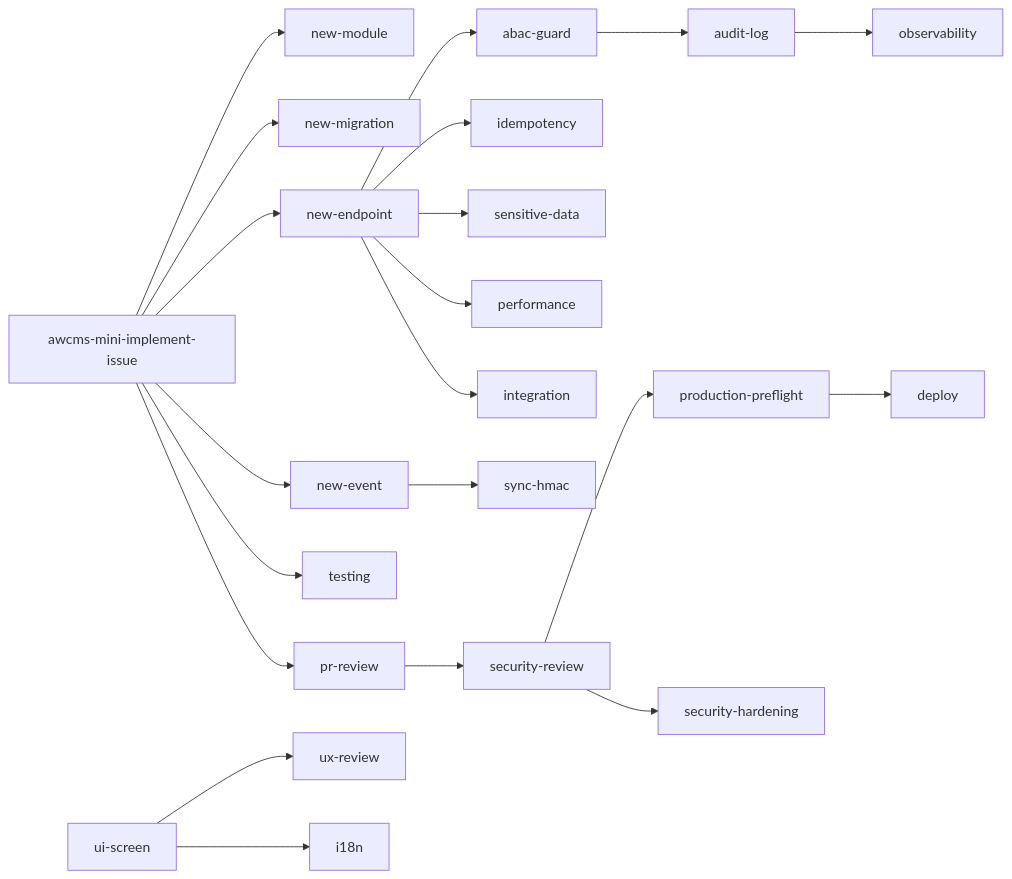
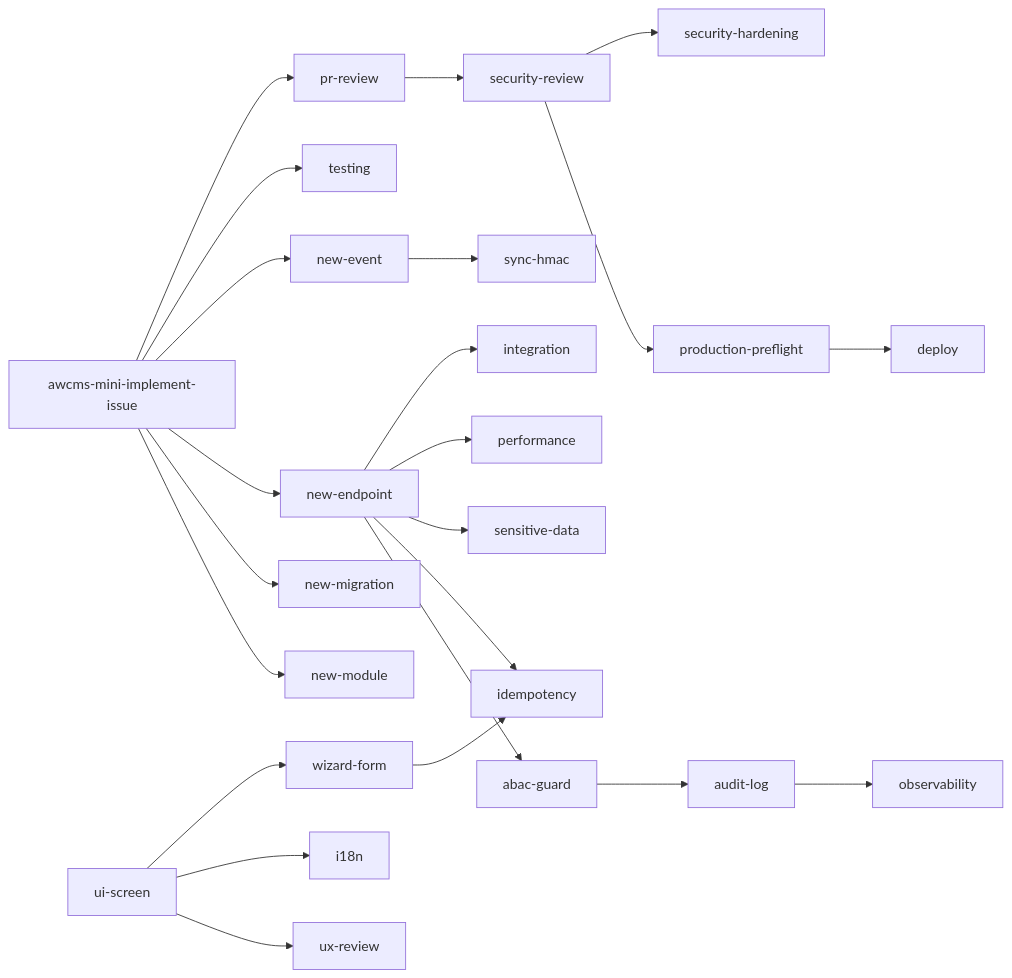
One commit to ahliweb/awcms-mini changed the third of 5 diagrams in AGENTS.md. Above: the diagram before and after it, drawn with Mermaid. The commit also changed other lines of this file and 6 other files, not shown here.

````diff
--- a/AGENTS.md
+++ b/AGENTS.md
@@ -132,21 +133,23 @@
 ```mermaid
 flowchart LR
   II[awcms-mini-implement-issue] --> NM[new-module]
   II --> MIG[new-migration]
   II --> EP[new-endpoint]
   II --> EV[new-event]
   II --> TST[testing]
   EP --> ABAC[abac-guard]
   EP --> IDEM[idempotency]
   ABAC --> AUD[audit-log]
   AUD --> OBS[observability]
   EP --> SD[sensitive-data]
   EV --> SYNC[sync-hmac]
   II --> PR[pr-review] --> SEC[security-review] --> PF[production-preflight]
   PF --> DEP[deploy]
   UI2[ui-screen] --> UXR[ux-review]
   UI2 --> I18N[i18n]
+  UI2 --> WIZ[wizard-form]
+  WIZ --> IDEM
   EP --> PERF[performance]
   EP --> INT[integration]
   SEC --> HARD[security-hardening]
 ```
````
